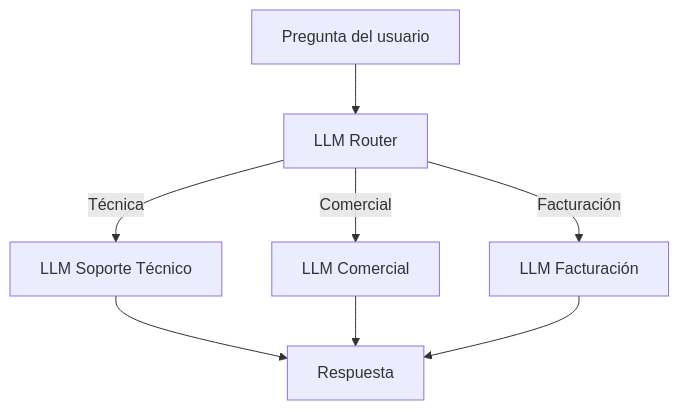
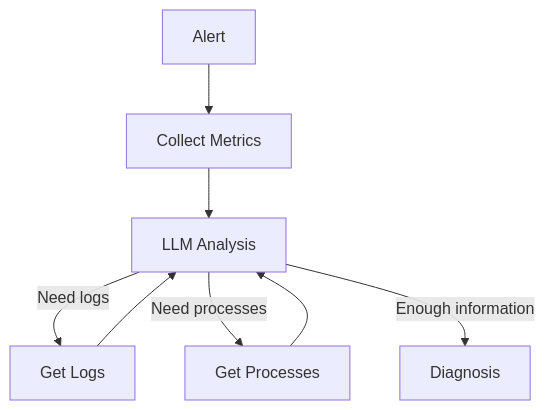
The diagram in ai/ai-definitions.md (magnum31415/wiki), drawn with Mermaid before and after one commit. The commit also changed other lines of this file, not shown here.

````diff
--- a/ai/ai-definitions.md
+++ b/ai/ai-definitions.md
@@ -625,12 +1117,13 @@
 ```mermaid
 flowchart TD
-    A[Pregunta del usuario] --> B[LLM Router]
 
-    B -->|Técnica| C[LLM Soporte Técnico]
-    B -->|Comercial| D[LLM Comercial]
-    B -->|Facturación| E[LLM Facturación]
+    A[Alert] --> B[Collect Metrics]
+    B --> C[LLM Analysis]
 
-    C --> F[Respuesta]
-    D --> F
-    E --> F
+    C -->|Need logs| D[Get Logs]
+    C -->|Need processes| E[Get Processes]
+    C -->|Enough information| F[Diagnosis]
+
+    D --> C
+    E --> C
 ```
````
